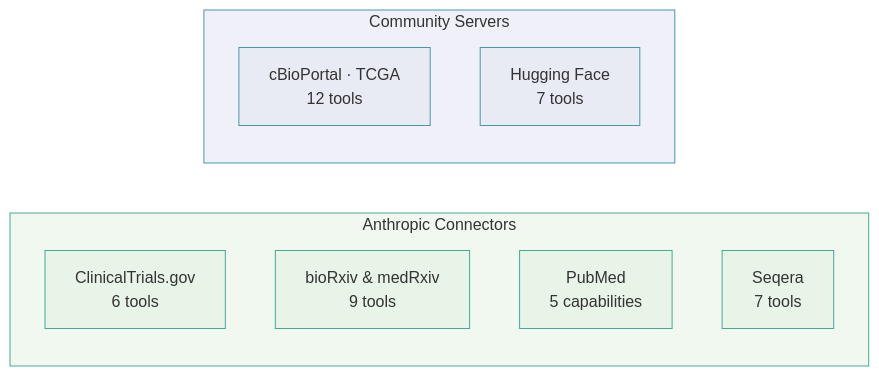
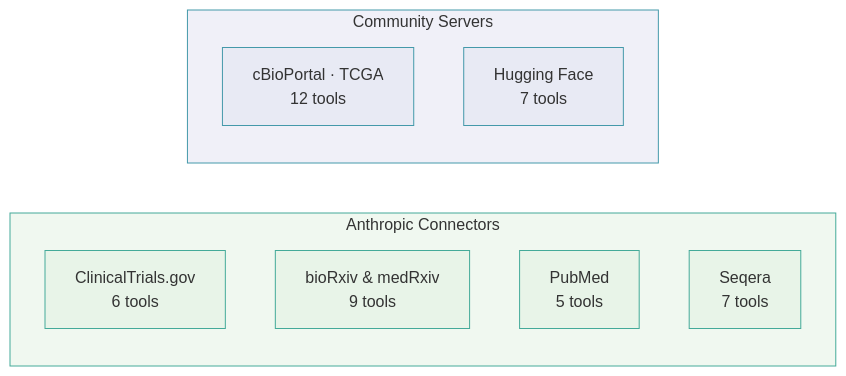
Before and after one commit to raymond301/precision-medicine-mcp: the diagram in docs/for-researchers/CONNECT_EXTERNAL_MCP.md, drawn with Mermaid. The commit also changed 1 other file, not shown here.

Commit message:
fix researcher docs: clarify vague refs, fix terminology, improve data labels
- Replace dangling "see detail below" with concrete description
- Link orphaned "See: Statistical Methods" to architecture references
- Change "placeholders" to "Synthetic demo data" in imaging row
- Fix "5 capabilities" to "5 tools" for PubMed consistency

````diff
--- a/docs/for-researchers/CONNECT_EXTERNAL_MCP.md
+++ b/docs/for-researchers/CONNECT_EXTERNAL_MCP.md
@@ -5,21 +5,21 @@
 ```mermaid
 graph LR
     subgraph hosted[Anthropic Connectors]
         CT[ClinicalTrials.gov<br/>6 tools]
         BIO[bioRxiv & medRxiv<br/>9 tools]
-        PM[PubMed<br/>5 capabilities]
+        PM[PubMed<br/>5 tools]
         SQ[Seqera<br/>7 tools]
     end
     subgraph local[Community Servers]
         CB[cBioPortal · TCGA<br/>12 tools]
         HF[Hugging Face<br/>7 tools]
     end
     style hosted fill:#f0f8f0,stroke:#4a9
     style local fill:#f0f0f8,stroke:#49a
     style CT fill:#e8f4e8,stroke:#4a9
     style BIO fill:#e8f4e8,stroke:#4a9
     style PM fill:#e8f4e8,stroke:#4a9
     style SQ fill:#e8f4e8,stroke:#4a9
     style CB fill:#e8eaf4,stroke:#49a
     style HF fill:#e8eaf4,stroke:#49a
 ```
````
